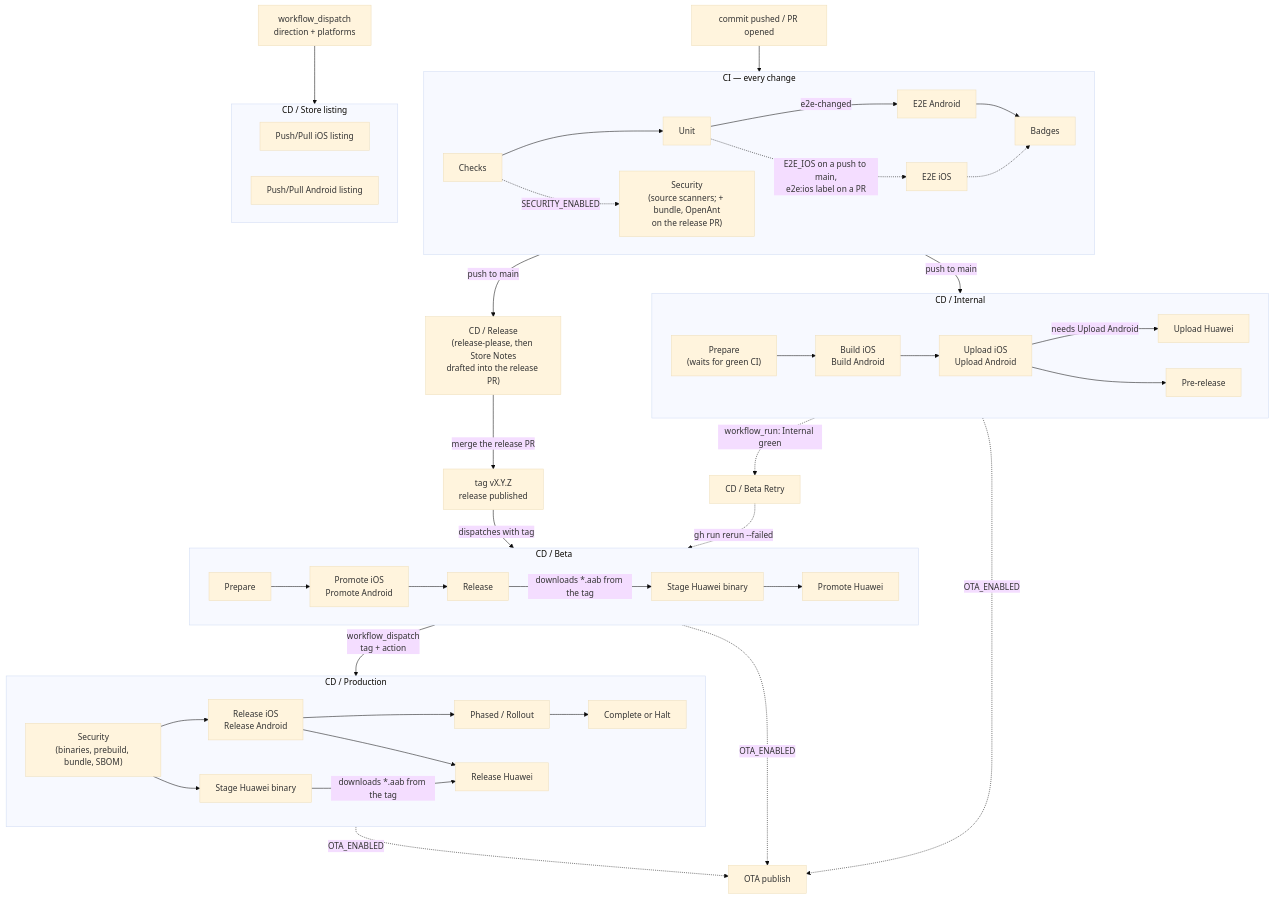
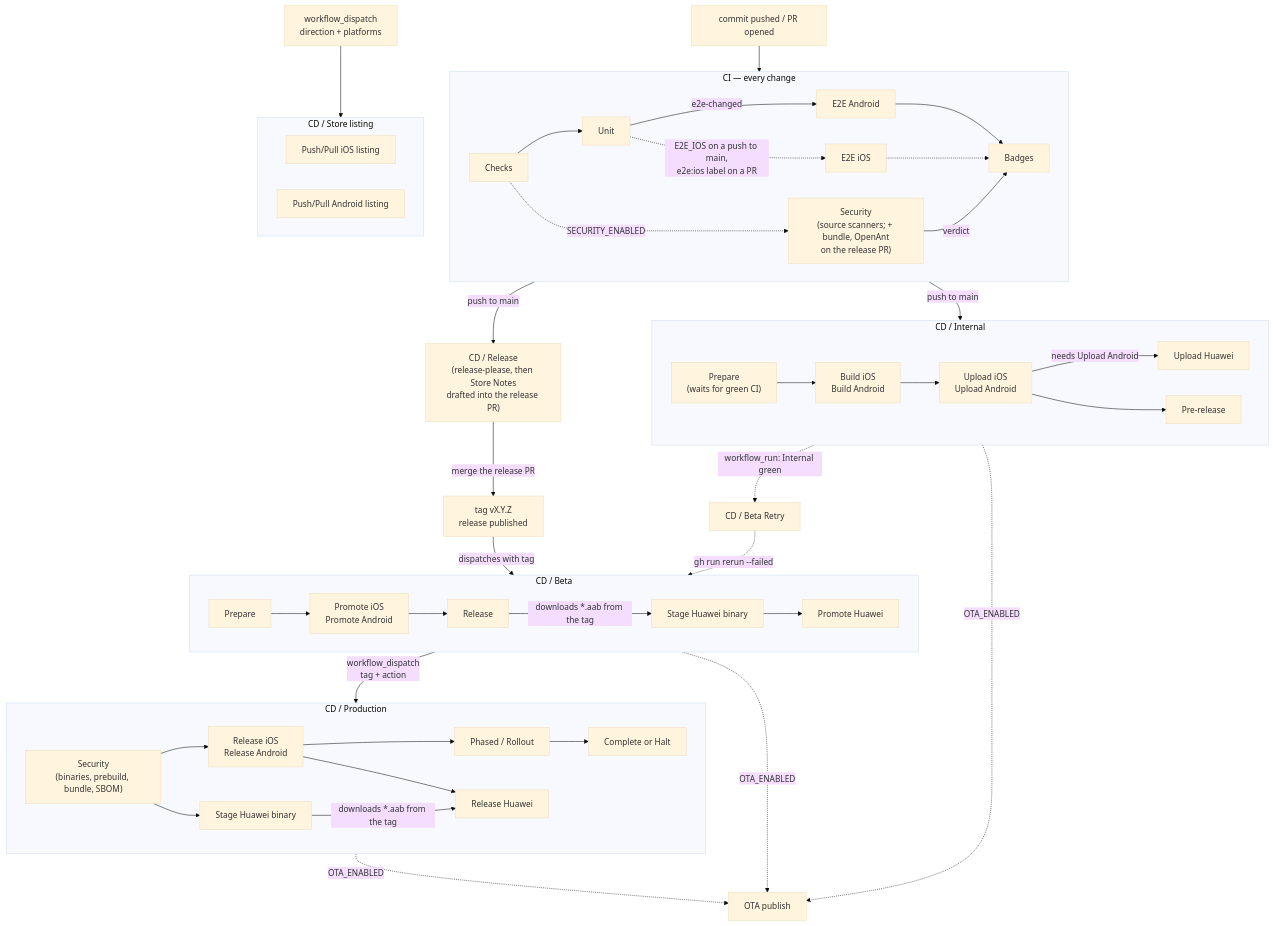
The diagram in docs/ci.md (blinkbitcoin/react-native-mobile-template), drawn with Mermaid (base theme) before and after one commit. The commit also changed other lines of this file and 3 other files, not shown here.

````diff
--- a/docs/ci.md
+++ b/docs/ci.md
@@ -23,57 +23,58 @@
 ```mermaid
 flowchart TD
   commit["commit pushed / PR opened"] --> CI
 
   subgraph CI["CI — every change"]
     direction LR
     checks["Checks"] --> unit["Unit"] -->|"e2e-changed"| e2e["E2E Android"] --> badges["Badges"]
     unit -.->|"E2E_IOS on a push to main,<br/>e2e:ios label on a PR"| e2eios["E2E iOS"] -.-> badges
     checks -.->|"SECURITY_ENABLED"| sec["Security<br/>(source scanners; + bundle, OpenAnt<br/>on the release PR)"]
+    sec -->|"verdict"| badges
   end
 
   CI -->|"push to main"| rp["CD / Release<br/>(release-please, then Store Notes<br/>drafted into the release PR)"]
   CI -->|"push to main"| internal
 
   subgraph internal["CD / Internal"]
     direction LR
     prep["Prepare<br/>(waits for green CI)"] --> builds["Build iOS<br/>Build Android"]
     builds --> up["Upload iOS<br/>Upload Android"]
     up -->|"needs Upload Android"| uphuawei["Upload Huawei"]
     up --> pre["Pre-release"]
   end
 
   rp -->|"merge the release PR"| tag["tag vX.Y.Z<br/>release published"]
   tag -->|"dispatches with tag"| beta
 
   subgraph beta["CD / Beta"]
     direction LR
     bprep["Prepare"] --> promote["Promote iOS<br/>Promote Android"] --> brel["Release"]
     brel -->|"downloads *.aab from the tag"| bbin["Stage Huawei binary"]
     bbin --> bhuawei["Promote Huawei"]
   end
 
   internal -.->|"workflow_run: Internal green"| retry["CD / Beta Retry"]
   retry -.->|"gh run rerun --failed"| beta
 
   beta -->|"workflow_dispatch<br/>tag + action"| prod
 
   subgraph prod["CD / Production"]
     direction LR
     psec["Security<br/>(binaries, prebuild, bundle, SBOM)"] --> rel["Release iOS<br/>Release Android"] --> roll["Phased / Rollout"] --> done["Complete or Halt"]
     psec --> pbin["Stage Huawei binary"]
     pbin -->|"downloads *.aab from the tag"| phuawei["Release Huawei"]
     rel --> phuawei
   end
 
   listing["workflow_dispatch<br/>direction + platforms"] --> sm
 
   subgraph sm["CD / Store listing"]
     direction LR
     smios["Push/Pull iOS listing"]
     smandroid["Push/Pull Android listing"]
   end
 
   pre -.->|"OTA_ENABLED"| ota["OTA publish"]
   brel -.->|"OTA_ENABLED"| ota
   prod -.->|"OTA_ENABLED"| ota
 ```
````
